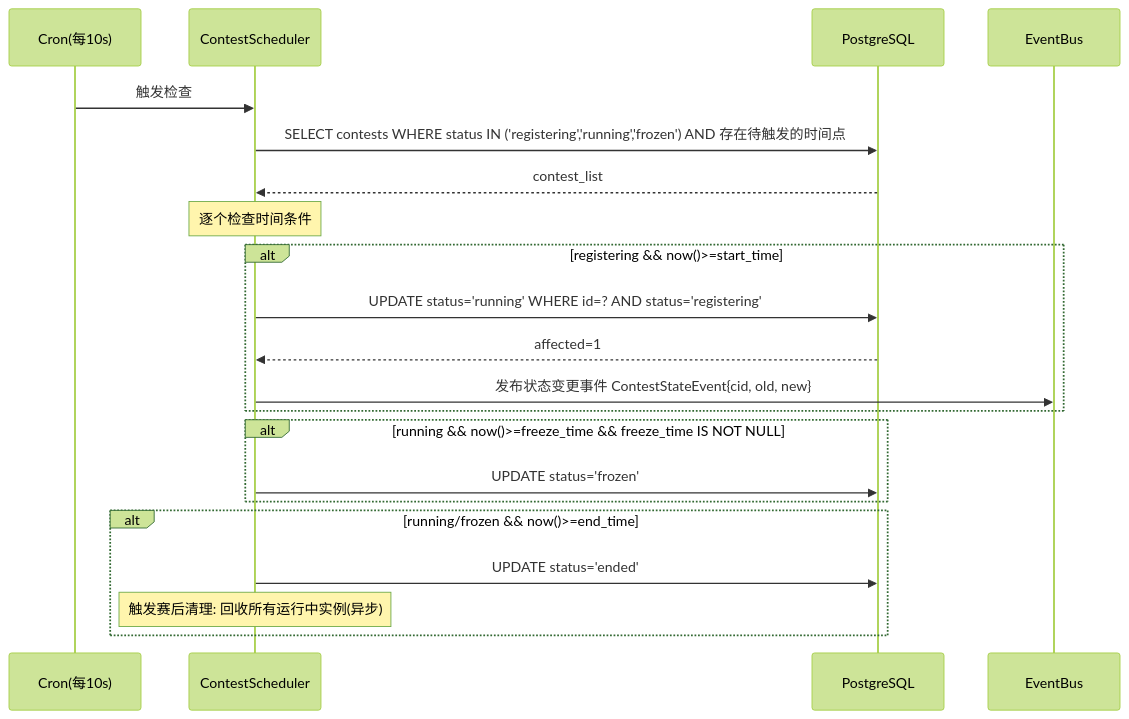
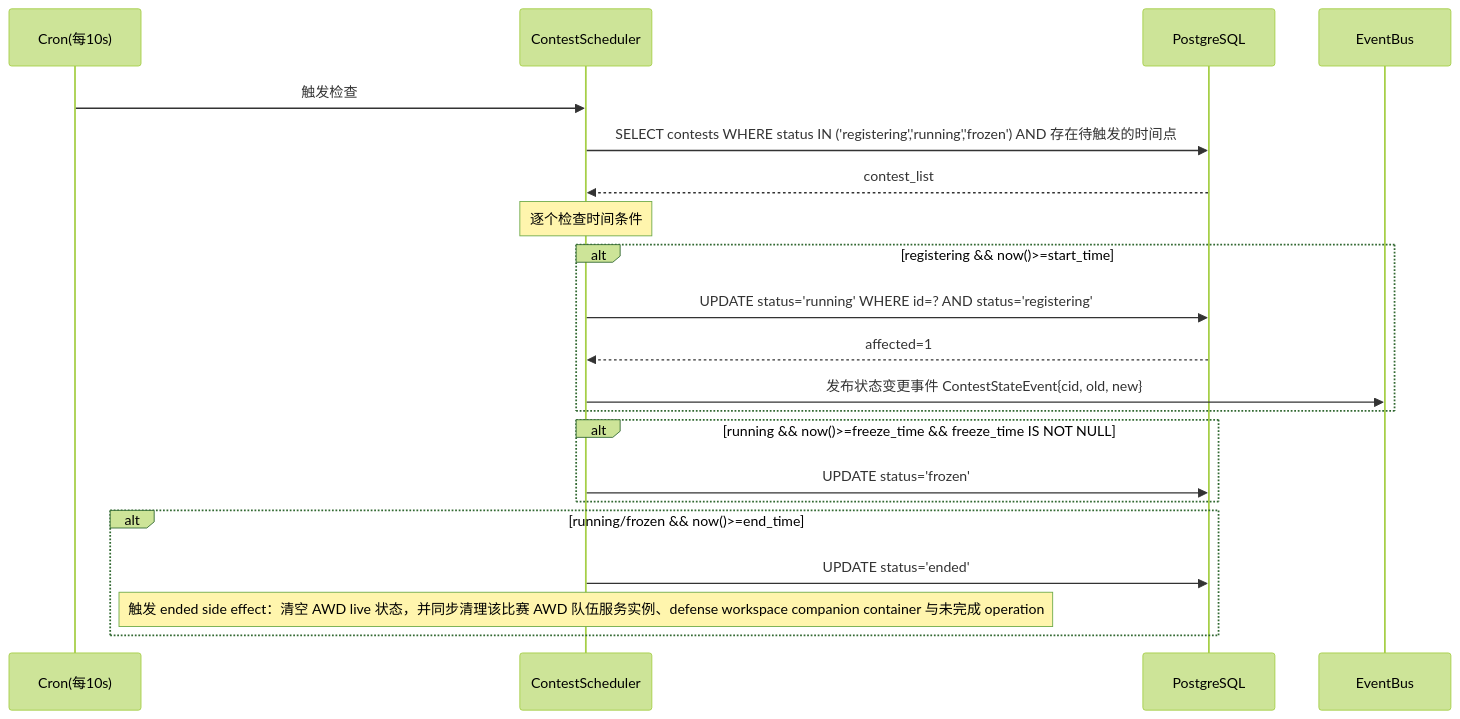
Diagram 11 of 18 in docs/architecture/backend/05-key-flows.md (architectcgz/ctf), drawn with Mermaid (forest theme) before and after one commit. The commit also changed other lines of this file and 15 other files, not shown here.

````diff
--- a/docs/architecture/backend/05-key-flows.md
+++ b/docs/architecture/backend/05-key-flows.md
@@ -730,29 +730,29 @@
 ```mermaid
 sequenceDiagram
     participant Cron as Cron(每10s)
     participant CS as ContestScheduler
     participant PG as PostgreSQL
     participant EB as EventBus
 
     Cron->>CS: 触发检查
 
     CS->>PG: SELECT contests WHERE status IN ('registering','running','frozen') AND 存在待触发的时间点
     PG-->>CS: contest_list
 
     Note over CS: 逐个检查时间条件
 
     alt registering && now()>=start_time
         CS->>PG: UPDATE status='running' WHERE id=? AND status='registering'
         PG-->>CS: affected=1
         CS->>EB: 发布状态变更事件 ContestStateEvent{cid, old, new}
     end
 
     alt running && now()>=freeze_time && freeze_time IS NOT NULL
         CS->>PG: UPDATE status='frozen'
     end
 
     alt running/frozen && now()>=end_time
         CS->>PG: UPDATE status='ended'
-        Note over CS: 触发赛后清理: 回收所有运行中实例(异步)
+        Note over CS: 触发 ended side effect：清空 AWD live 状态，并同步清理该比赛 AWD 队伍服务实例、defense workspace companion container 与未完成 operation
     end
 ```
````
